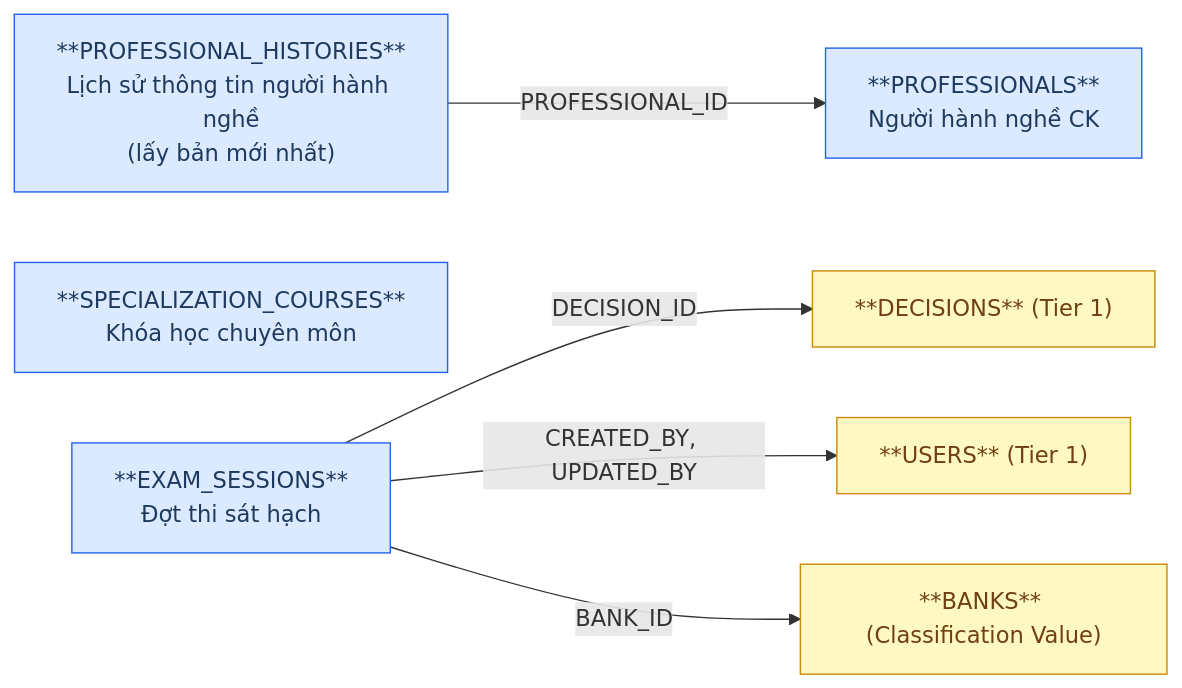
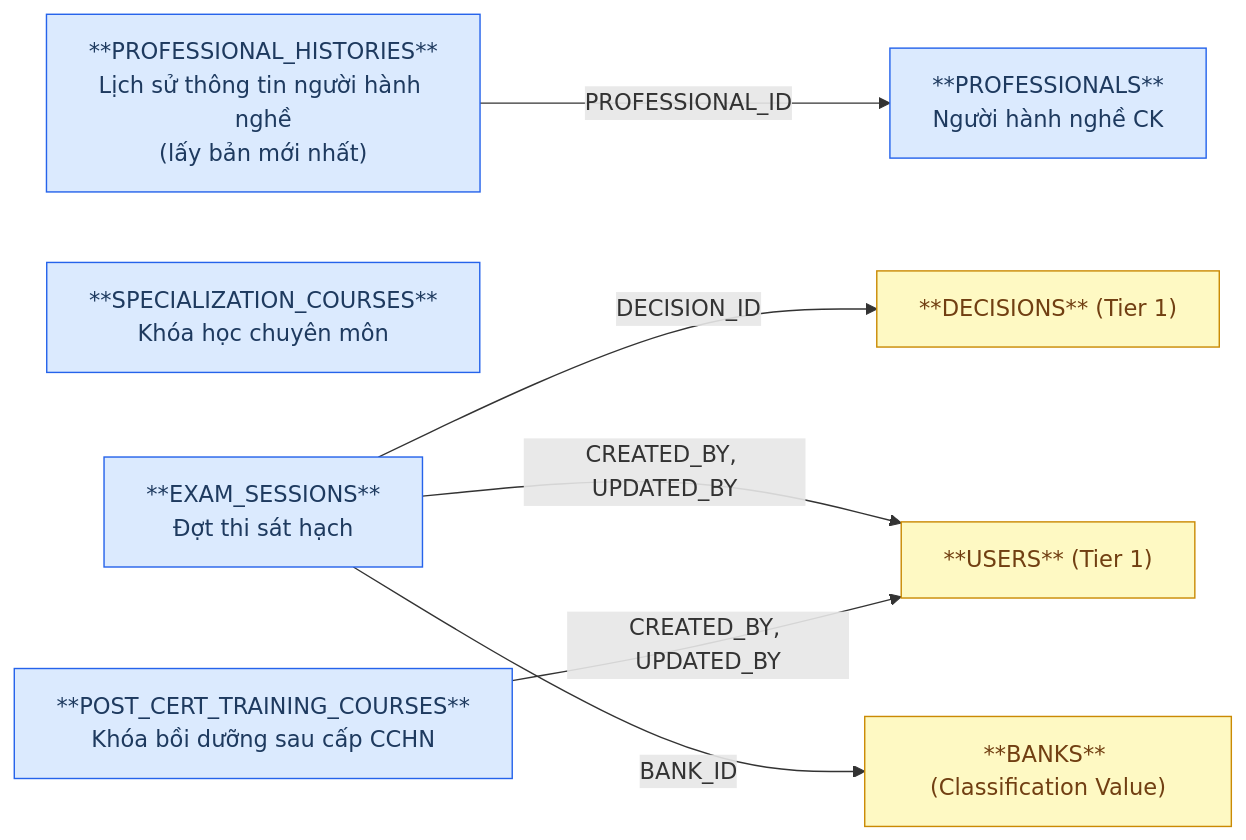
Before and after one commit to linhlvit/ubck_atomic_design: the first of 2 diagrams in DataModel/working/Atomic/hld/NHNCK_HLD_Tier2.md, drawn with Mermaid. The commit also changed other lines of this file and 78 other files, not shown here.

````diff
--- a/DataModel/working/Atomic/hld/NHNCK_HLD_Tier2.md
+++ b/DataModel/working/Atomic/hld/NHNCK_HLD_Tier2.md
@@ -22,19 +23,21 @@
 ```mermaid
 graph LR
     classDef src fill:#dbeafe,stroke:#2563eb,color:#1e3a5f
     classDef outscope fill:#fef9c3,stroke:#ca8a04,color:#713f12
 
     PROFESSIONALS["**PROFESSIONALS**\nNgười hành nghề CK"]:::src
     PROFESSIONAL_HISTORIES["**PROFESSIONAL_HISTORIES**\nLịch sử thông tin người hành nghề\n(lấy bản mới nhất)"]:::src
     SPECIALIZATION_COURSES["**SPECIALIZATION_COURSES**\nKhóa học chuyên môn"]:::src
     EXAM_SESSIONS["**EXAM_SESSIONS**\nĐợt thi sát hạch"]:::src
+    POST_CERT_TRAINING_COURSES["**POST_CERT_TRAINING_COURSES**\nKhóa bồi dưỡng sau cấp CCHN"]:::src
 
     DECISIONS["**DECISIONS** (Tier 1)"]:::outscope
     USERS["**USERS** (Tier 1)"]:::outscope
     BANKS["**BANKS** (Classification Value)"]:::outscope
 
     PROFESSIONAL_HISTORIES -->|"PROFESSIONAL_ID"| PROFESSIONALS
     EXAM_SESSIONS -->|"DECISION_ID"| DECISIONS
     EXAM_SESSIONS -->|"CREATED_BY, UPDATED_BY"| USERS
     EXAM_SESSIONS -->|"BANK_ID"| BANKS
+    POST_CERT_TRAINING_COURSES -->|"CREATED_BY, UPDATED_BY"| USERS
 ```
````
